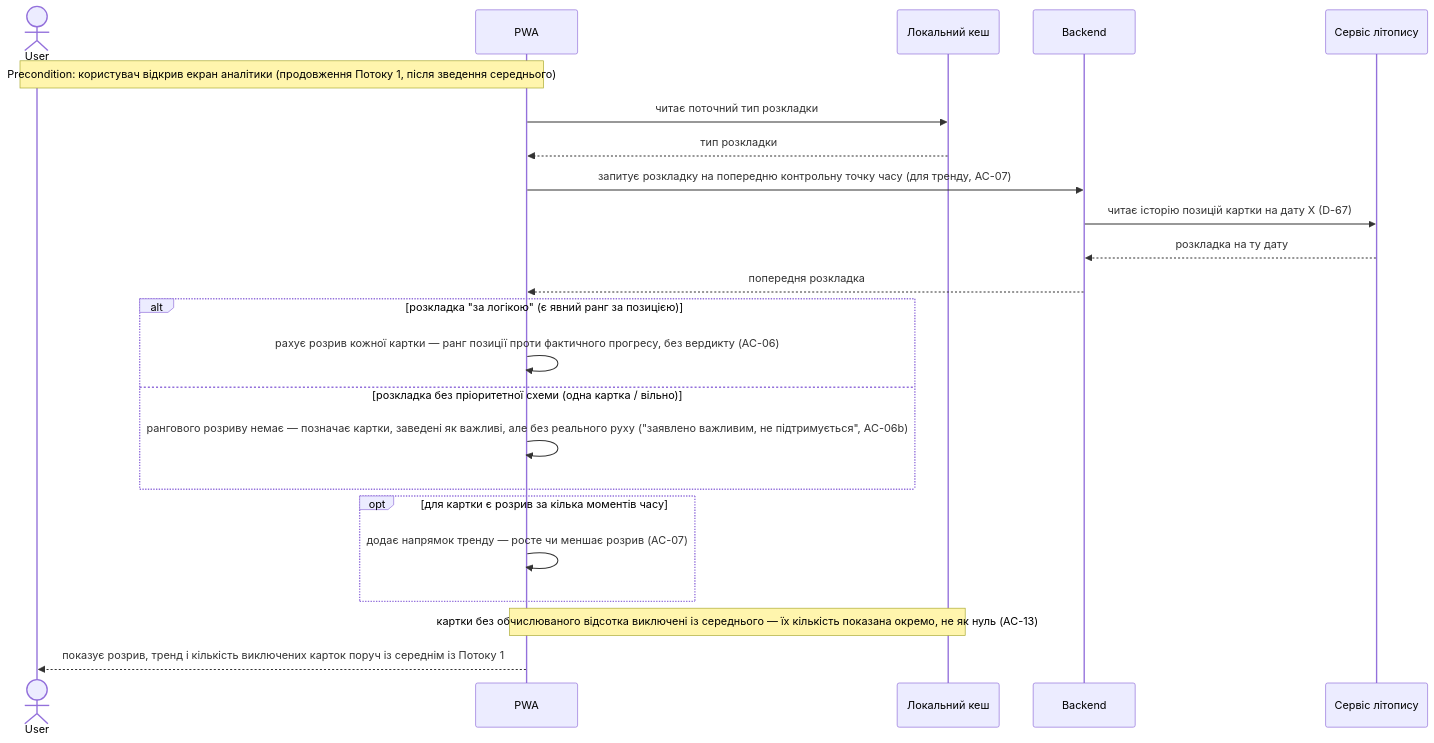
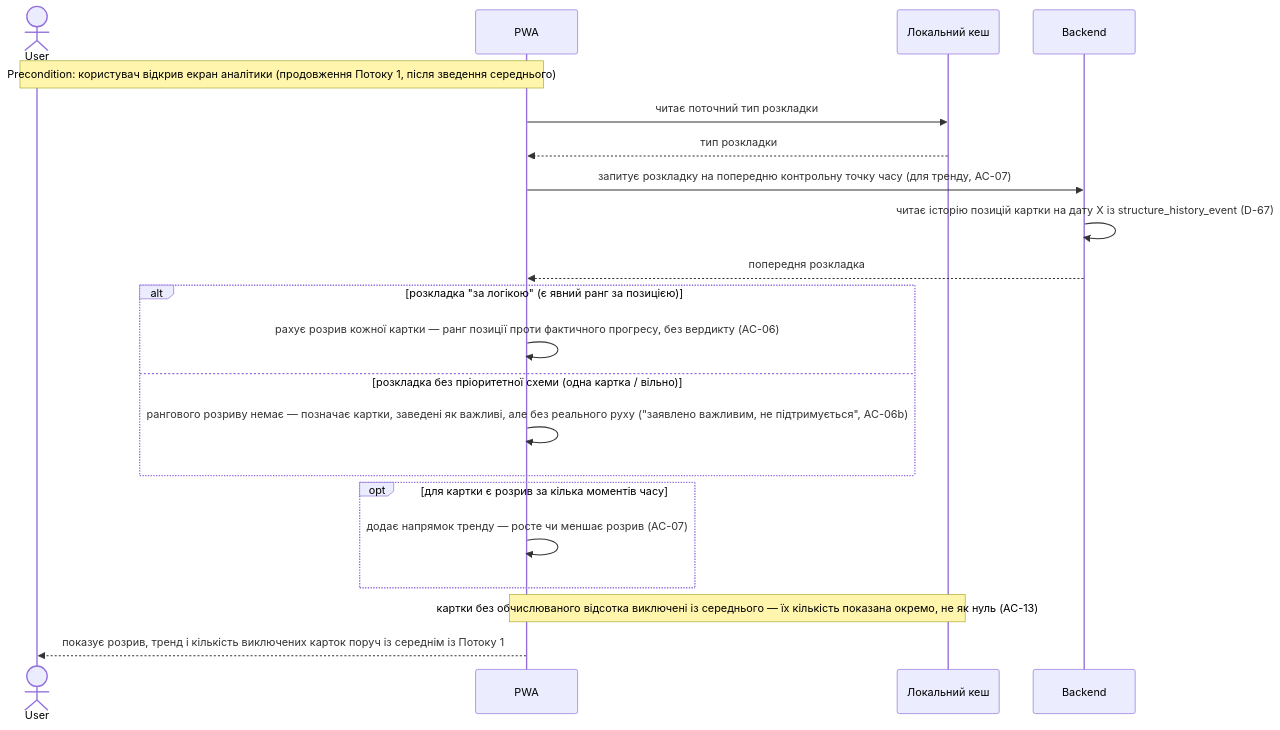
One commit to danyllukandrey-cloud/claude-workspace changed the tenth of 12 diagrams in docs/features/structure/sad.md. Above: the diagram before and after it, drawn with Mermaid. The commit also changed other lines of this file and 17 other files, not shown here.

````diff
--- a/docs/features/structure/sad.md
+++ b/docs/features/structure/sad.md
@@ -311,26 +301,24 @@
 ```mermaid
 sequenceDiagram
     actor User
     participant PWA
     participant Cache as Локальний кеш
     participant Backend
-    participant HistorySvc as Сервіс літопису
 
     Note over User,PWA: Precondition: користувач відкрив екран аналітики (продовження Потоку 1, після зведення середнього)
     PWA->>Cache: читає поточний тип розкладки
     Cache-->>PWA: тип розкладки
     PWA->>Backend: запитує розкладку на попередню контрольну точку часу (для тренду, AC-07)
-    Backend->>HistorySvc: читає історію позицій картки на дату X (D-67)
-    HistorySvc-->>Backend: розкладка на ту дату
+    Backend->>Backend: читає історію позицій картки на дату X із structure_history_event (D-67)
     Backend-->>PWA: попередня розкладка
     alt розкладка "за логікою" (є явний ранг за позицією)
         PWA->>PWA: рахує розрив кожної картки — ранг позиції проти фактичного прогресу, без вердикту (AC-06)
     else розкладка без пріоритетної схеми (одна картка / вільно)
         PWA->>PWA: рангового розриву немає — позначає картки, заведені як важливі, але без реального руху ("заявлено важливим, не підтримується", AC-06b)
     end
     opt для картки є розрив за кілька моментів часу
         PWA->>PWA: додає напрямок тренду — росте чи меншає розрив (AC-07)
     end
     Note over PWA,Cache: картки без обчислюваного відсотка виключені із середнього — їх кількість показана окремо, не як нуль (AC-13)
     PWA-->>User: показує розрив, тренд і кількість виключених карток поруч із середнім із Потоку 1
 ```
````
